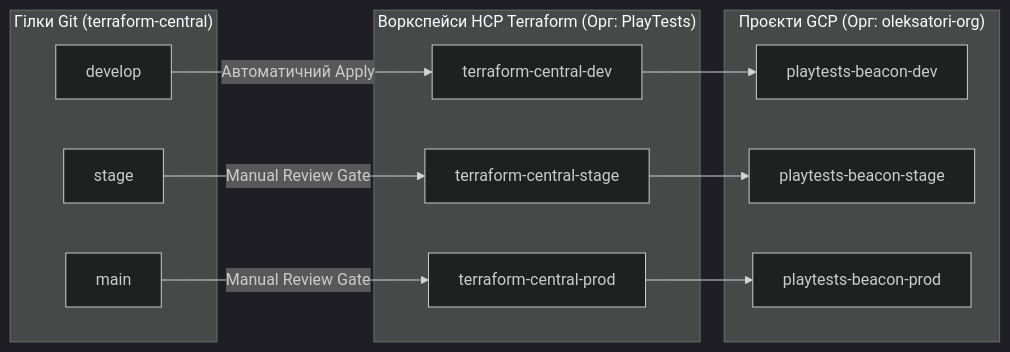
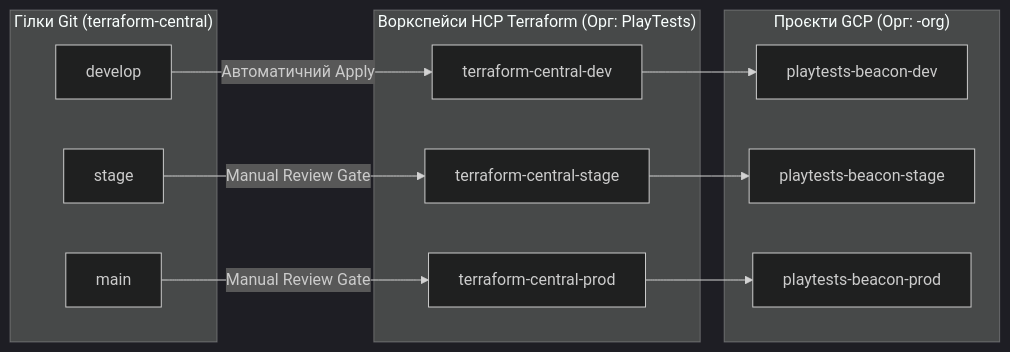
Before and after one commit to wiliest0r/docs: the second of 5 diagrams in manifesto.md, drawn with Mermaid (dark theme). The commit also changed other lines of this file, not shown here.

Commit message:
docs: document Stages 2, 3, and 4 in architecture manifesto

````diff
--- a/manifesto.md
+++ b/manifesto.md
@@ -93,24 +93,24 @@
 ```mermaid
 flowchart LR
     subgraph GitBranches["Гілки Git (terraform-central)"]
         DevBranch["develop"]
         StageBranch["stage"]
         MainBranch["main"]
     end
 
     subgraph HCPWorkspaces["Воркспейси HCP Terraform (Орг: PlayTests)"]
         WS_Dev["terraform-central-dev"]
         WS_Stage["terraform-central-stage"]
         WS_Prod["terraform-central-prod"]
     end
 
-    subgraph GCPSites["Проєкти GCP (Орг: oleksatori-org)"]
+    subgraph GCPSites["Проєкти GCP (Орг: <gcp>-org)"]
         Proj_Dev["playtests-beacon-dev"]
         Proj_Stage["playtests-beacon-stage"]
         Proj_Prod["playtests-beacon-prod"]
     end
 
     DevBranch -->|Автоматичний Apply| WS_Dev --> Proj_Dev
     StageBranch -->|Manual Review Gate| WS_Stage --> Proj_Stage
     MainBranch -->|Manual Review Gate| WS_Prod --> Proj_Prod
 ```
````
